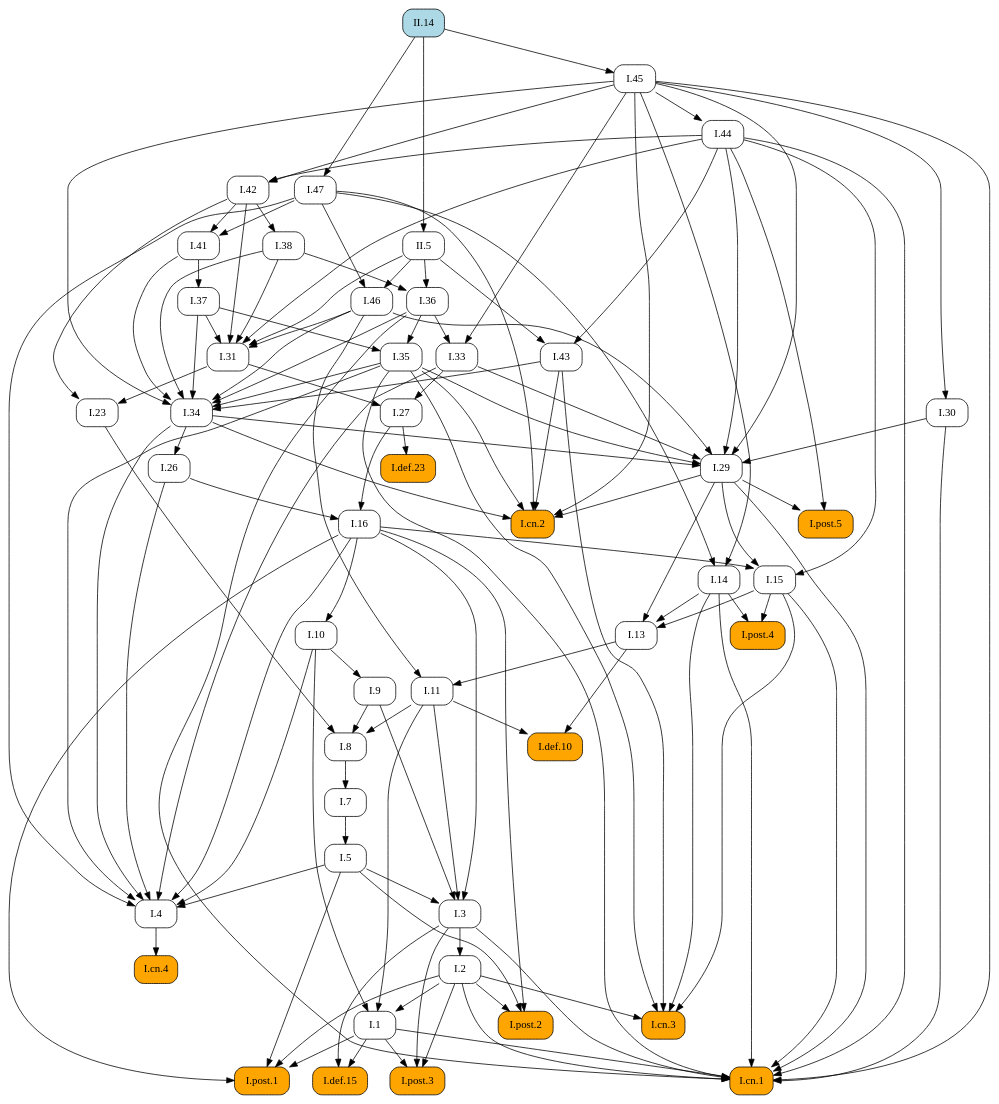
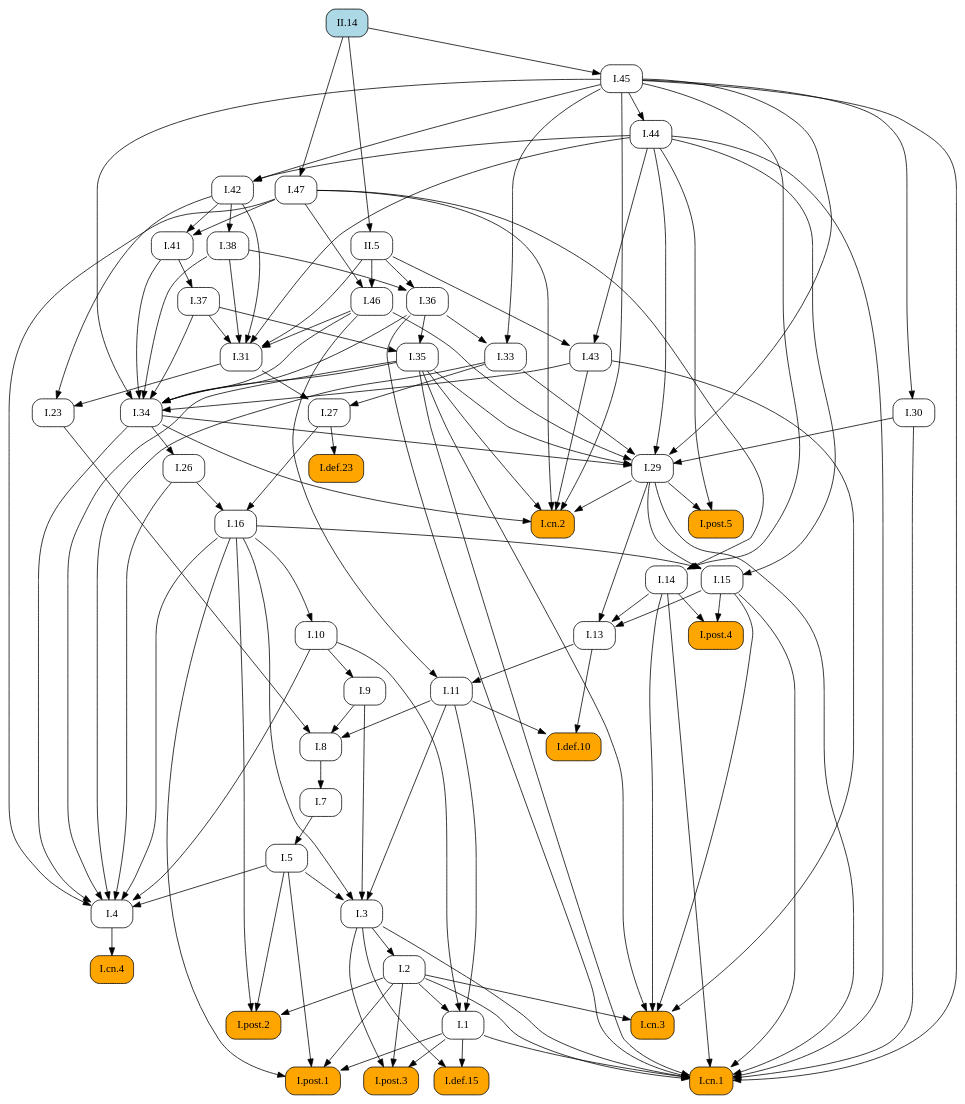
The diagram in docsrc/heath/II/14/index.rst (geometor/elements), drawn with Graphviz before and after one commit. The commit also changed other lines of this file and 1029 other files, not shown here.

```diff
--- a/docsrc/heath/II/14/index.rst
+++ b/docsrc/heath/II/14/index.rst
@@ -94,60 +94,63 @@
    digraph {
      rankdir="TB";
      node [shape=box, style=rounded];
+     "I.def.10" [style="rounded,filled", fillcolor=orange, URL="/heath/I/def.10/", target="_top"];
+     "I.11" [URL="/heath/I/11/", target="_top"];
+     "I.post.4" [style="rounded,filled", fillcolor=orange, URL="/heath/I/post.4/", target="_top"];
+     "I.1" [URL="/heath/I/1/", target="_top"];
+     "I.26" [URL="/heath/I/26/", target="_top"];
+     "I.29" [URL="/heath/I/29/", target="_top"];
+     "I.cn.2" [style="rounded,filled", fillcolor=orange, URL="/heath/I/cn.2/", target="_top"];
+     "I.47" [URL="/heath/I/47/", target="_top"];
+     "I.def.15" [style="rounded,filled", fillcolor=orange, URL="/heath/I/def.15/", target="_top"];
+     "I.post.3" [style="rounded,filled", fillcolor=orange, URL="/heath/I/post.3/", target="_top"];
+     "II.5" [URL="/heath/II/5/", target="_top"];
+     "I.cn.1" [style="rounded,filled", fillcolor=orange, URL="/heath/I/cn.1/", target="_top"];
+     "I.30" [URL="/heath/I/30/", target="_top"];
      "I.cn.3" [style="rounded,filled", fillcolor=orange, URL="/heath/I/cn.3/", target="_top"];
-     "I.30" [URL="/heath/I/30/", target="_top"];
+     "I.14" [URL="/heath/I/14/", target="_top"];
+     "I.23" [URL="/heath/I/23/", target="_top"];
+     "I.43" [URL="/heath/I/43/", target="_top"];
+     "I.post.1" [style="rounded,filled", fillcolor=orange, URL="/heath/I/post.1/", target="_top"];
+     "I.35" [URL="/heath/I/35/", target="_top"];
+     "I.41" [URL="/heath/I/41/", target="_top"];
+     "I.36" [URL="/heath/I/36/", target="_top"];
+     "I.46" [URL="/heath/I/46/", target="_top"];
+     "I.27" [URL="/heath/I/27/", target="_top"];
+     "I.37" [URL="/heath/I/37/", target="_top"];
+     "I.34" [URL="/heath/I/34/", target="_top"];
+     "I.3" [URL="/heath/I/3/", target="_top"];
+     "I.7" [URL="/heath/I/7/", target="_top"];
+     "I.2" [URL="/heath/I/2/", target="_top"];
+     "I.4" [URL="/heath/I/4/", target="_top"];
+     "I.def.23" [style="rounded,filled", fillcolor=orange, URL="/heath/I/def.23/", target="_top"];
+     "I.13" [URL="/heath/I/13/", target="_top"];
+     "I.33" [URL="/heath/I/33/", target="_top"];
+     "I.31" [URL="/heath/I/31/", target="_top"];
+     "I.post.2" [style="rounded,filled", fillcolor=orange, URL="/heath/I/post.2/", target="_top"];
      "I.45" [URL="/heath/I/45/", target="_top"];
-     "I.29" [URL="/heath/I/29/", target="_top"];
-     "I.7" [URL="/heath/I/7/", target="_top"];
-     "I.27" [URL="/heath/I/27/", target="_top"];
+     "I.16" [URL="/heath/I/16/", target="_top"];
+     "I.42" [URL="/heath/I/42/", target="_top"];
+     "I.9" [URL="/heath/I/9/", target="_top"];
+     "II.14" [style="rounded,filled", fillcolor=lightblue, URL="/heath/II/14/", target="_top"];
+     "I.8" [URL="/heath/I/8/", target="_top"];
+     "I.cn.4" [style="rounded,filled", fillcolor=orange, URL="/heath/I/cn.4/", target="_top"];
+     "I.15" [URL="/heath/I/15/", target="_top"];
+     "I.post.5" [style="rounded,filled", fillcolor=orange, URL="/heath/I/post.5/", target="_top"];
+     "I.44" [URL="/heath/I/44/", target="_top"];
      "I.38" [URL="/heath/I/38/", target="_top"];
-     "I.37" [URL="/heath/I/37/", target="_top"];
-     "I.def.23" [style="rounded,filled", fillcolor=orange, URL="/heath/I/def.23/", target="_top"];
-     "I.34" [URL="/heath/I/34/", target="_top"];
-     "I.8" [URL="/heath/I/8/", target="_top"];
-     "I.9" [URL="/heath/I/9/", target="_top"];
-     "I.post.4" [style="rounded,filled", fillcolor=orange, URL="/heath/I/post.4/", target="_top"];
-     "I.2" [URL="/heath/I/2/", target="_top"];
-     "I.42" [URL="/heath/I/42/", target="_top"];
-     "II.5" [URL="/heath/II/5/", target="_top"];
-     "I.1" [URL="/heath/I/1/", target="_top"];
-     "I.44" [URL="/heath/I/44/", target="_top"];
-     "I.def.15" [style="rounded,filled", fillcolor=orange, URL="/heath/I/def.15/", target="_top"];
-     "I.post.1" [style="rounded,filled", fillcolor=orange, URL="/heath/I/post.1/", target="_top"];
-     "I.cn.4" [style="rounded,filled", fillcolor=orange, URL="/heath/I/cn.4/", target="_top"];
-     "I.26" [URL="/heath/I/26/", target="_top"];
-     "I.33" [URL="/heath/I/33/", target="_top"];
-     "I.23" [URL="/heath/I/23/", target="_top"];
-     "I.13" [URL="/heath/I/13/", target="_top"];
-     "I.cn.2" [style="rounded,filled", fillcolor=orange, URL="/heath/I/cn.2/", target="_top"];
+     "I.10" [URL="/heath/I/10/", target="_top"];
      "I.5" [URL="/heath/I/5/", target="_top"];
-     "I.11" [URL="/heath/I/11/", target="_top"];
-     "I.10" [URL="/heath/I/10/", target="_top"];
-     "I.4" [URL="/heath/I/4/", target="_top"];
-     "I.3" [URL="/heath/I/3/", target="_top"];
-     "I.16" [URL="/heath/I/16/", target="_top"];
-     "I.31" [URL="/heath/I/31/", target="_top"];
-     "I.43" [URL="/heath/I/43/", target="_top"];
-     "I.def.10" [style="rounded,filled", fillcolor=orange, URL="/heath/I/def.10/", target="_top"];
-     "I.46" [URL="/heath/I/46/", target="_top"];
-     "I.post.2" [style="rounded,filled", fillcolor=orange, URL="/heath/I/post.2/", target="_top"];
-     "I.post.3" [style="rounded,filled", fillcolor=orange, URL="/heath/I/post.3/", target="_top"];
-     "I.post.5" [style="rounded,filled", fillcolor=orange, URL="/heath/I/post.5/", target="_top"];
-     "I.14" [URL="/heath/I/14/", target="_top"];
-     "I.36" [URL="/heath/I/36/", target="_top"];
-     "I.35" [URL="/heath/I/35/", target="_top"];
-     "I.47" [URL="/heath/I/47/", target="_top"];
-     "I.15" [URL="/heath/I/15/", target="_top"];
-     "II.14" [style="rounded,filled", fillcolor=lightblue, URL="/heath/II/14/", target="_top"];
-     "I.cn.1" [style="rounded,filled", fillcolor=orange, URL="/heath/I/cn.1/", target="_top"];
-     "I.41" [URL="/heath/I/41/", target="_top"];
-     "I.2" -> "I.cn.3";
-     "I.14" -> "I.cn.3";
-     "I.15" -> "I.cn.3";
-     "I.35" -> "I.cn.3";
-     "I.43" -> "I.cn.3";
-     "I.45" -> "I.30";
-     "II.14" -> "I.45";
+     "I.11" -> "I.def.10";
+     "I.13" -> "I.def.10";
+     "I.13" -> "I.11";
+     "I.46" -> "I.11";
+     "I.14" -> "I.post.4";
+     "I.15" -> "I.post.4";
+     "I.2" -> "I.1";
+     "I.10" -> "I.1";
+     "I.11" -> "I.1";
+     "I.34" -> "I.26";
      "I.30" -> "I.29";
      "I.33" -> "I.29";
      "I.34" -> "I.29";
@@ -155,103 +158,19 @@
      "I.44" -> "I.29";
      "I.45" -> "I.29";
      "I.46" -> "I.29";
-     "I.8" -> "I.7";
-     "I.31" -> "I.27";
-     "I.33" -> "I.27";
-     "I.42" -> "I.38";
-     "I.41" -> "I.37";
-     "I.27" -> "I.def.23";
-     "I.35" -> "I.34";
-     "I.36" -> "I.34";
-     "I.37" -> "I.34";
-     "I.38" -> "I.34";
-     "I.41" -> "I.34";
-     "I.43" -> "I.34";
-     "I.45" -> "I.34";
-     "I.46" -> "I.34";
-     "I.9" -> "I.8";
-     "I.11" -> "I.8";
-     "I.23" -> "I.8";
-     "I.10" -> "I.9";
-     "I.14" -> "I.post.4";
-     "I.15" -> "I.post.4";
-     "I.3" -> "I.2";
-     "I.44" -> "I.42";
-     "I.45" -> "I.42";
-     "II.14" -> "II.5";
-     "I.2" -> "I.1";
-     "I.10" -> "I.1";
-     "I.11" -> "I.1";
-     "I.45" -> "I.44";
-     "I.1" -> "I.def.15";
-     "I.3" -> "I.def.15";
-     "I.1" -> "I.post.1";
-     "I.2" -> "I.post.1";
-     "I.5" -> "I.post.1";
-     "I.16" -> "I.post.1";
-     "I.4" -> "I.cn.4";
-     "I.34" -> "I.26";
-     "I.36" -> "I.33";
-     "I.45" -> "I.33";
-     "I.31" -> "I.23";
-     "I.42" -> "I.23";
-     "I.14" -> "I.13";
-     "I.15" -> "I.13";
-     "I.29" -> "I.13";
      "I.29" -> "I.cn.2";
      "I.34" -> "I.cn.2";
      "I.35" -> "I.cn.2";
      "I.43" -> "I.cn.2";
      "I.45" -> "I.cn.2";
      "I.47" -> "I.cn.2";
-     "I.7" -> "I.5";
-     "I.13" -> "I.11";
-     "I.46" -> "I.11";
-     "I.16" -> "I.10";
-     "I.5" -> "I.4";
-     "I.10" -> "I.4";
-     "I.16" -> "I.4";
-     "I.26" -> "I.4";
-     "I.33" -> "I.4";
-     "I.34" -> "I.4";
-     "I.35" -> "I.4";
-     "I.47" -> "I.4";
-     "I.5" -> "I.3";
-     "I.9" -> "I.3";
-     "I.11" -> "I.3";
-     "I.16" -> "I.3";
-     "I.26" -> "I.16";
-     "I.27" -> "I.16";
-     "I.37" -> "I.31";
-     "I.38" -> "I.31";
-     "I.42" -> "I.31";
-     "I.44" -> "I.31";
-     "I.46" -> "I.31";
-     "II.5" -> "I.31";
-     "I.44" -> "I.43";
-     "II.5" -> "I.43";
-     "I.11" -> "I.def.10";
-     "I.13" -> "I.def.10";
-     "I.47" -> "I.46";
-     "II.5" -> "I.46";
-     "I.2" -> "I.post.2";
-     "I.5" -> "I.post.2";
-     "I.16" -> "I.post.2";
+     "II.14" -> "I.47";
+     "I.1" -> "I.def.15";
+     "I.3" -> "I.def.15";
      "I.1" -> "I.post.3";
      "I.2" -> "I.post.3";
      "I.3" -> "I.post.3";
-     "I.29" -> "I.post.5";
-     "I.44" -> "I.post.5";
-     "I.45" -> "I.14";
-     "I.47" -> "I.14";
-     "I.38" -> "I.36";
-     "II.5" -> "I.36";
-     "I.36" -> "I.35";
-     "I.37" -> "I.35";
-     "II.14" -> "I.47";
-     "I.16" -> "I.15";
-     "I.29" -> "I.15";
-     "I.44" -> "I.15";
+     "II.14" -> "II.5";
      "I.1" -> "I.cn.1";
      "I.2" -> "I.cn.1";
      "I.3" -> "I.cn.1";
@@ -263,6 +182,87 @@
      "I.36" -> "I.cn.1";
      "I.44" -> "I.cn.1";
      "I.45" -> "I.cn.1";
+     "I.45" -> "I.30";
+     "I.2" -> "I.cn.3";
+     "I.14" -> "I.cn.3";
+     "I.15" -> "I.cn.3";
+     "I.35" -> "I.cn.3";
+     "I.43" -> "I.cn.3";
+     "I.45" -> "I.14";
+     "I.47" -> "I.14";
+     "I.31" -> "I.23";
+     "I.42" -> "I.23";
+     "I.44" -> "I.43";
+     "II.5" -> "I.43";
+     "I.1" -> "I.post.1";
+     "I.2" -> "I.post.1";
+     "I.5" -> "I.post.1";
+     "I.16" -> "I.post.1";
+     "I.36" -> "I.35";
+     "I.37" -> "I.35";
      "I.42" -> "I.41";
      "I.47" -> "I.41";
+     "I.38" -> "I.36";
+     "II.5" -> "I.36";
+     "I.47" -> "I.46";
+     "II.5" -> "I.46";
+     "I.31" -> "I.27";
+     "I.33" -> "I.27";
+     "I.41" -> "I.37";
+     "I.35" -> "I.34";
+     "I.36" -> "I.34";
+     "I.37" -> "I.34";
+     "I.38" -> "I.34";
+     "I.41" -> "I.34";
+     "I.43" -> "I.34";
+     "I.45" -> "I.34";
+     "I.46" -> "I.34";
+     "I.5" -> "I.3";
+     "I.9" -> "I.3";
+     "I.11" -> "I.3";
+     "I.16" -> "I.3";
+     "I.8" -> "I.7";
+     "I.3" -> "I.2";
+     "I.5" -> "I.4";
+     "I.10" -> "I.4";
+     "I.16" -> "I.4";
+     "I.26" -> "I.4";
+     "I.33" -> "I.4";
+     "I.34" -> "I.4";
+     "I.35" -> "I.4";
+     "I.47" -> "I.4";
+     "I.27" -> "I.def.23";
+     "I.14" -> "I.13";
+     "I.15" -> "I.13";
+     "I.29" -> "I.13";
+     "I.36" -> "I.33";
+     "I.45" -> "I.33";
+     "I.37" -> "I.31";
+     "I.38" -> "I.31";
+     "I.42" -> "I.31";
+     "I.44" -> "I.31";
+     "I.46" -> "I.31";
+     "II.5" -> "I.31";
+     "I.2" -> "I.post.2";
+     "I.5" -> "I.post.2";
+     "I.16" -> "I.post.2";
+     "II.14" -> "I.45";
+     "I.26" -> "I.16";
+     "I.27" -> "I.16";
+     "I.44" -> "I.42";
+     "I.45" -> "I.42";
+     "I.10" -> "I.9";
+     "I.9" -> "I.8";
+     "I.11" -> "I.8";
+     "I.23" -> "I.8";
+     "I.4" -> "I.cn.4";
+     "I.16" -> "I.15";
+     "I.29" -> "I.15";
+     "I.44" -> "I.15";
+     "I.29" -> "I.post.5";
+     "I.44" -> "I.post.5";
+     "I.45" -> "I.44";
+     "I.42" -> "I.38";
+     "I.16" -> "I.10";
+     "I.7" -> "I.5";
    }
```
